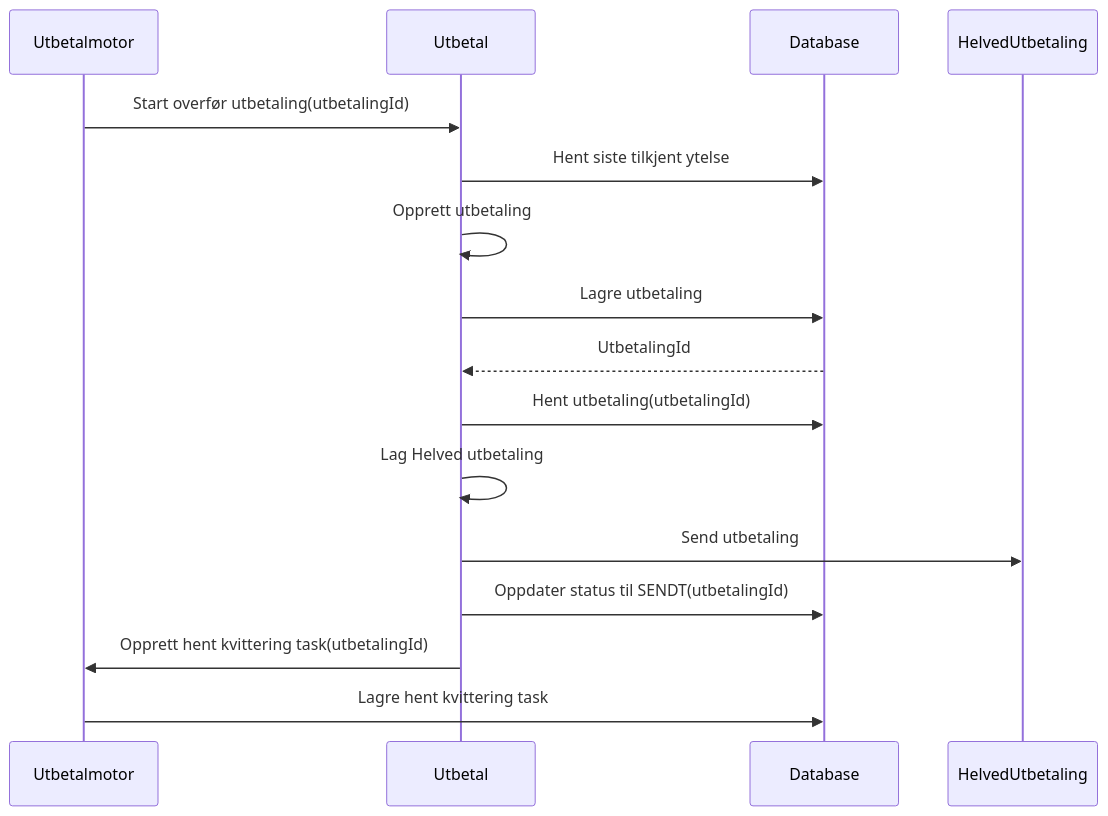
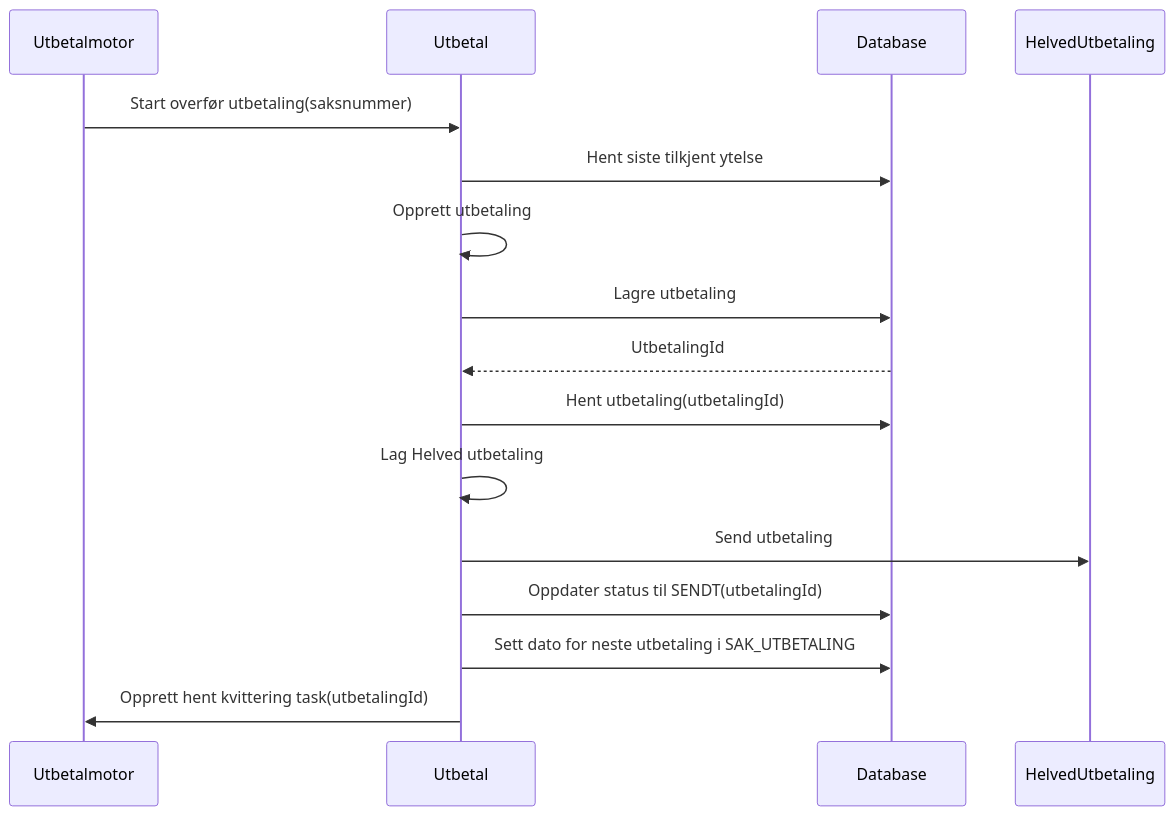
One commit to navikt/aap-utbetal changed the fourth of 7 diagrams in README.md. Above: the diagram before and after it, drawn with Mermaid. The commit also changed other lines of this file, not shown here.

````diff
--- a/README.md
+++ b/README.md
@@ -47,14 +47,14 @@
 ```mermaid
 sequenceDiagram
-Utbetalmotor->>Utbetal: Start overfør utbetaling(utbetalingId)
+Utbetalmotor->>Utbetal: Start overfør utbetaling(saksnummer)
 Utbetal->>Database: Hent siste tilkjent ytelse
 Utbetal->>Utbetal: Opprett utbetaling
 Utbetal->>Database: Lagre utbetaling
 Database-->>Utbetal: UtbetalingId
 Utbetal->>Database: Hent utbetaling(utbetalingId)
 Utbetal->>Utbetal: Lag Helved utbetaling
 Utbetal->>HelvedUtbetaling: Send utbetaling
 Utbetal->>Database: Oppdater status til SENDT(utbetalingId)
+Utbetal->>Database: Sett dato for neste utbetaling i SAK_UTBETALING
 Utbetal->>Utbetalmotor: Opprett hent kvittering task(utbetalingId)
-Utbetalmotor->>Database: Lagre hent kvittering task
 ```
````
